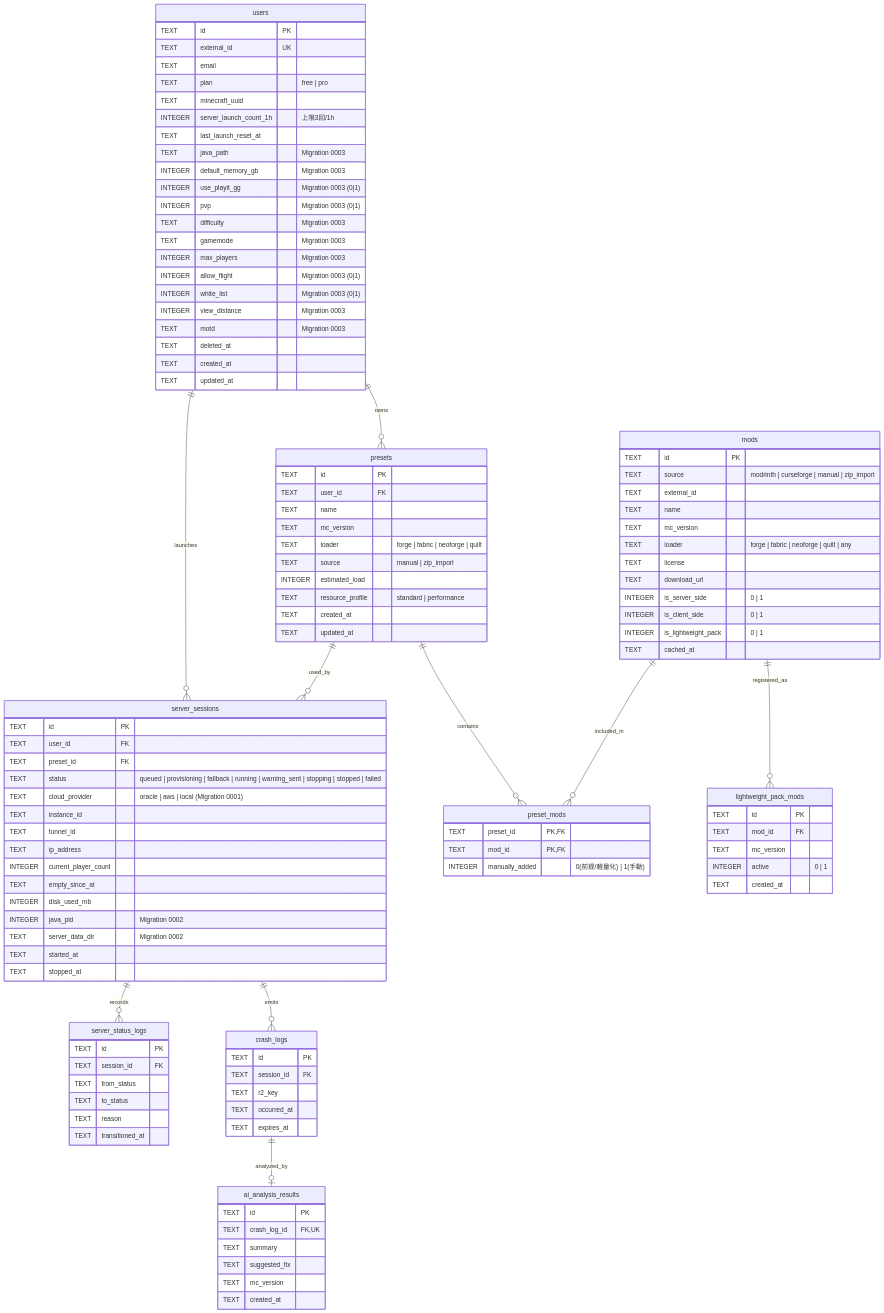
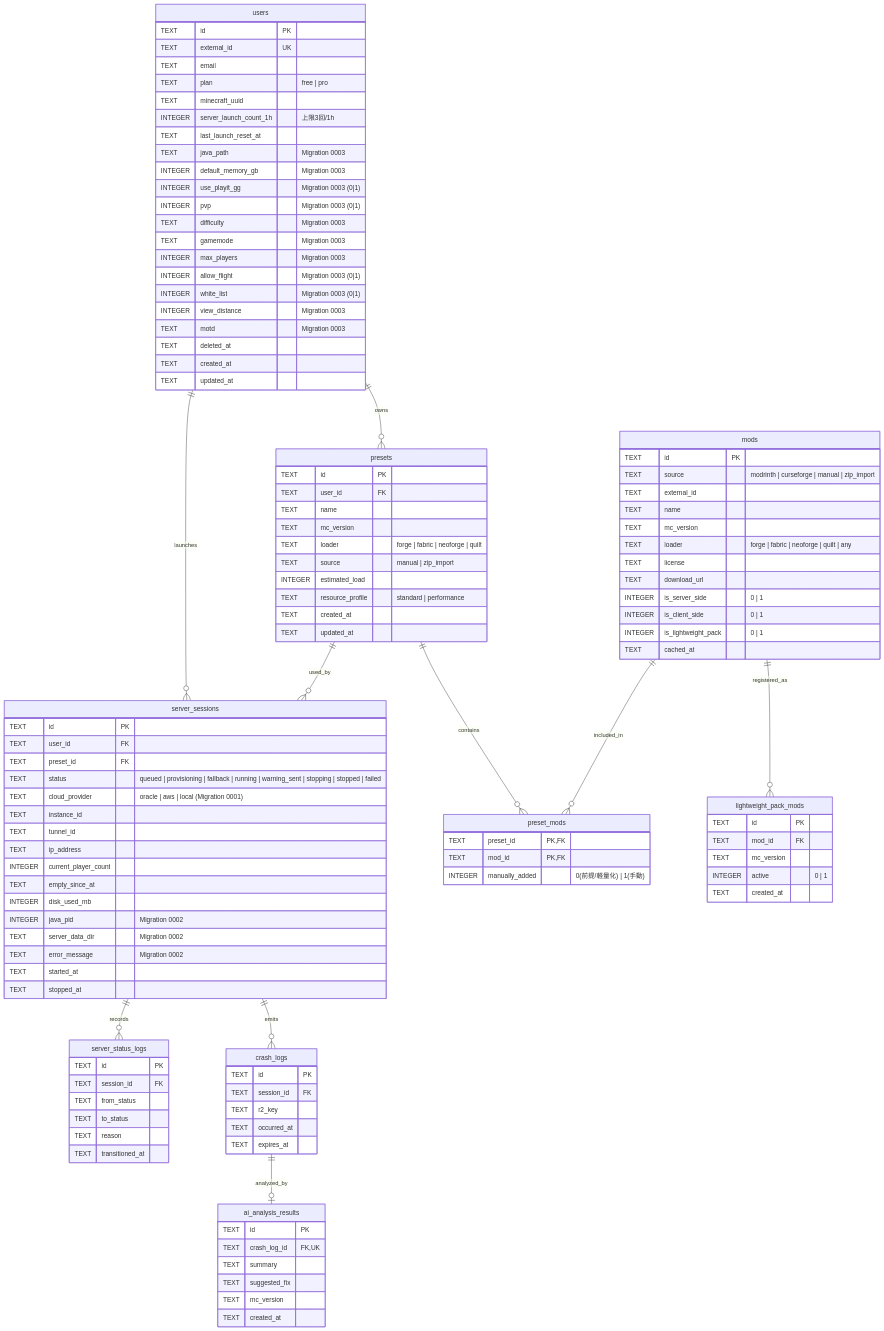
One commit to yururia/minecraft-msiaas changed the third of 3 diagrams in docs/01_external_design.md. Above: the diagram before and after it, drawn with Mermaid. The commit also changed other lines of this file and 8 other files, not shown here.

```diff
--- a/docs/01_external_design.md
+++ b/docs/01_external_design.md
@@ -259,6 +259,7 @@
         INTEGER disk_used_mb
         INTEGER java_pid "Migration 0002"
         TEXT server_data_dir "Migration 0002"
+        TEXT error_message "Migration 0002"
         TEXT started_at
         TEXT stopped_at
     }
```
